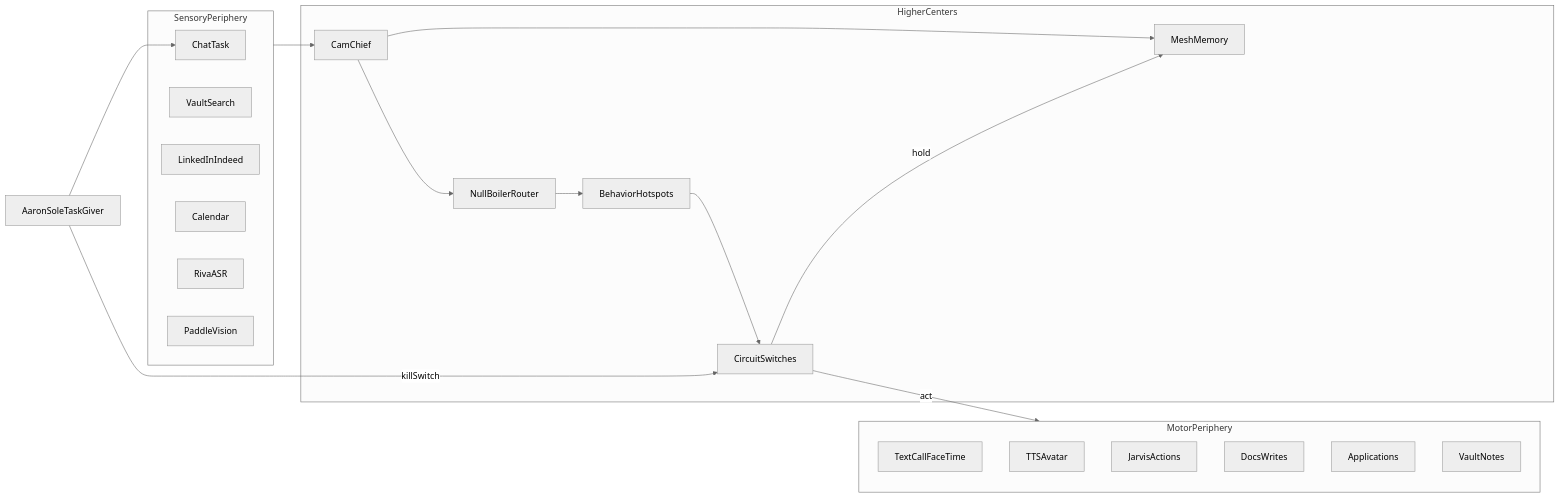
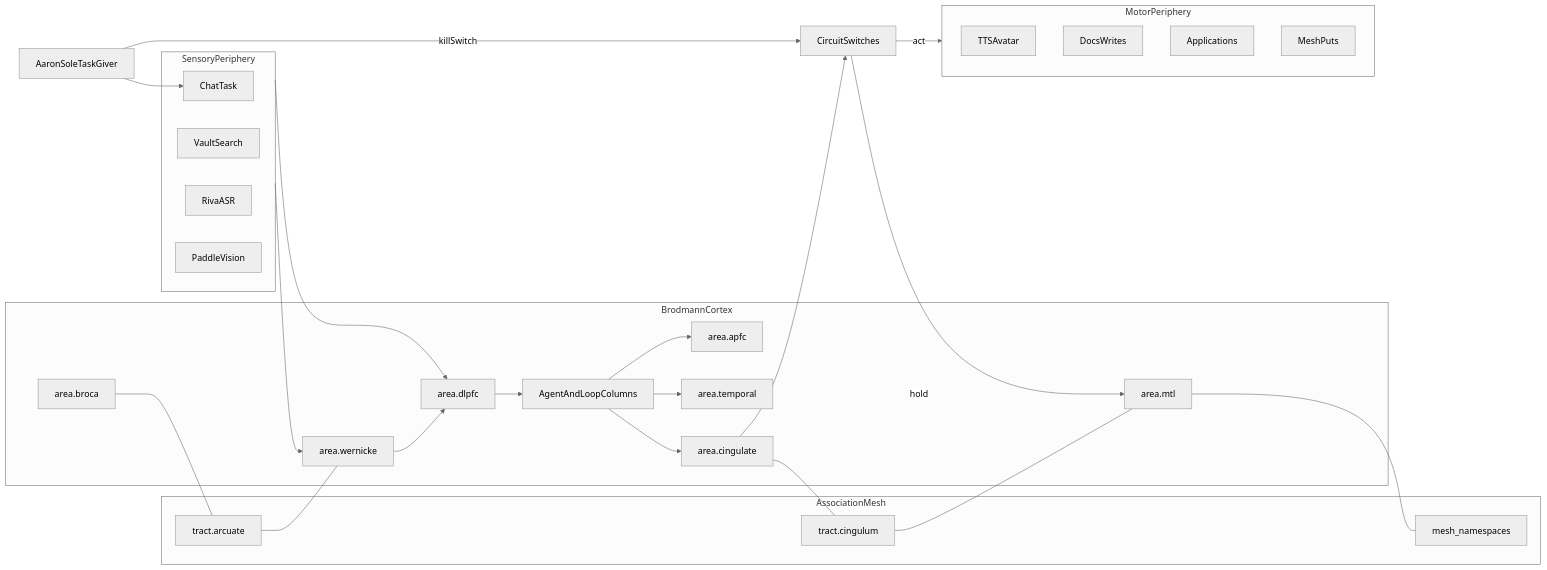
The diagram in docs/CONNECTOME_ARCHITECTURE.md (afidurko/Personal-Assistant), drawn with Mermaid (neutral theme) before and after one commit. The commit also changed other lines of this file and 18 other files, not shown here.

First line of the commit message:
Remap connectome to Brodmann cortex with column neurons and tracts

````diff
--- a/docs/CONNECTOME_ARCHITECTURE.md
+++ b/docs/CONNECTOME_ARCHITECTURE.md
@@ -32,38 +66,49 @@
 ```mermaid
 flowchart LR
   subgraph sensory [SensoryPeriphery]
     Chat[ChatTask]
     Vault[VaultSearch]
-    Boards[LinkedInIndeed]
-    Cal[Calendar]
     ASR[RivaASR]
     Vision[PaddleVision]
   end
 
-  subgraph centers [HigherCenters]
-    CamChief[CamChief]
-    Mesh[MeshMemory]
-    Boiler[NullBoilerRouter]
-    Hotspots[BehaviorHotspots]
-    Switches[CircuitSwitches]
+  subgraph cortex [BrodmannCortex]
+    Wernicke[area.wernicke]
+    DLPFC[area.dlpfc]
+    aPFC[area.apfc]
+    Temporal[area.temporal]
+    ACC[area.cingulate]
+    MTL[area.mtl]
+    Broca[area.broca]
+    Columns[AgentAndLoopColumns]
+  end
+
+  subgraph tracts [AssociationMesh]
+    Arcuate[tract.arcuate]
+    Cingulum[tract.cingulum]
+    MeshKV[mesh_namespaces]
   end
 
   subgraph motor [MotorPeriphery]
-    TextOut[TextCallFaceTime]
     Speak[TTSAvatar]
-    JarvisOut[JarvisActions]
-    DocsOut[DocsWrites]
-    JobsOut[Applications]
-    VaultOut[VaultNotes]
+    Docs[DocsWrites]
+    Jobs[Applications]
+    MeshOut[MeshPuts]
   end
 
   Aaron[AaronSoleTaskGiver] --> Chat
-  sensory --> CamChief
-  CamChief --> Mesh
-  CamChief --> Boiler
-  Boiler --> Hotspots
-  Hotspots --> Switches
+  sensory --> Wernicke
+  sensory --> DLPFC
+  Wernicke --> DLPFC
+  DLPFC --> Columns
+  Columns --> aPFC
+  Columns --> Temporal
+  Columns --> ACC
+  ACC --> Switches[CircuitSwitches]
   Switches -->|act| motor
-  Switches -->|hold| Mesh
+  Switches -->|hold| MTL
+  Broca --- Arcuate --- Wernicke
+  ACC --- Cingulum --- MTL
+  MTL --- MeshKV
   Aaron -->|killSwitch| Switches
 ```
````
